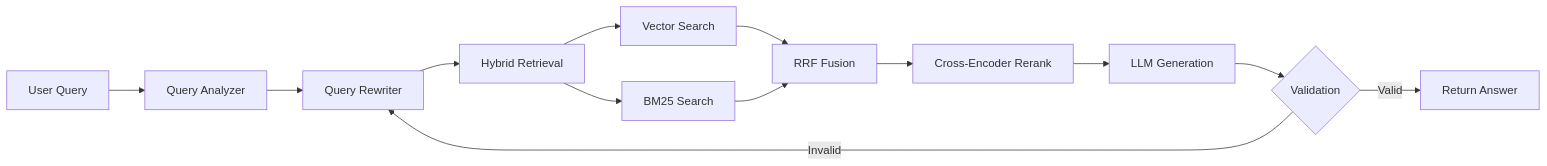
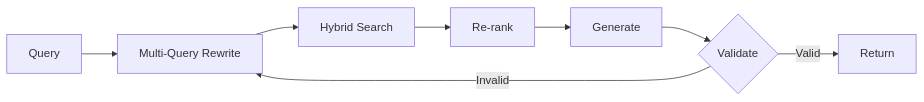
The diagram in README.md (merenceleby/Celeby-Agentic-RAG), drawn with Mermaid before and after one commit. The commit also changed other lines of this file, not shown here.

````diff
--- a/README.md
+++ b/README.md
@@ -195,15 +17,10 @@
 ```mermaid
 graph LR
-    A[User Query] --> B[Query Analyzer]
-    B --> C[Query Rewriter]
-    C --> D[Hybrid Retrieval]
-    D --> E[Vector Search]
-    D --> F[BM25 Search]
-    E --> G[RRF Fusion]
-    F --> G
-    G --> H[Cross-Encoder Rerank]
-    H --> I[LLM Generation]
-    I --> J{Validation}
-    J -->|Valid| K[Return Answer]
-    J -->|Invalid| C
+    A[Query] --> B[Multi-Query Rewrite]
+    B --> C[Hybrid Search]
+    C --> D[Re-rank]
+    D --> E[Generate]
+    E --> F{Validate}
+    F -->|Invalid| B
+    F -->|Valid| G[Return]
 ```
````
